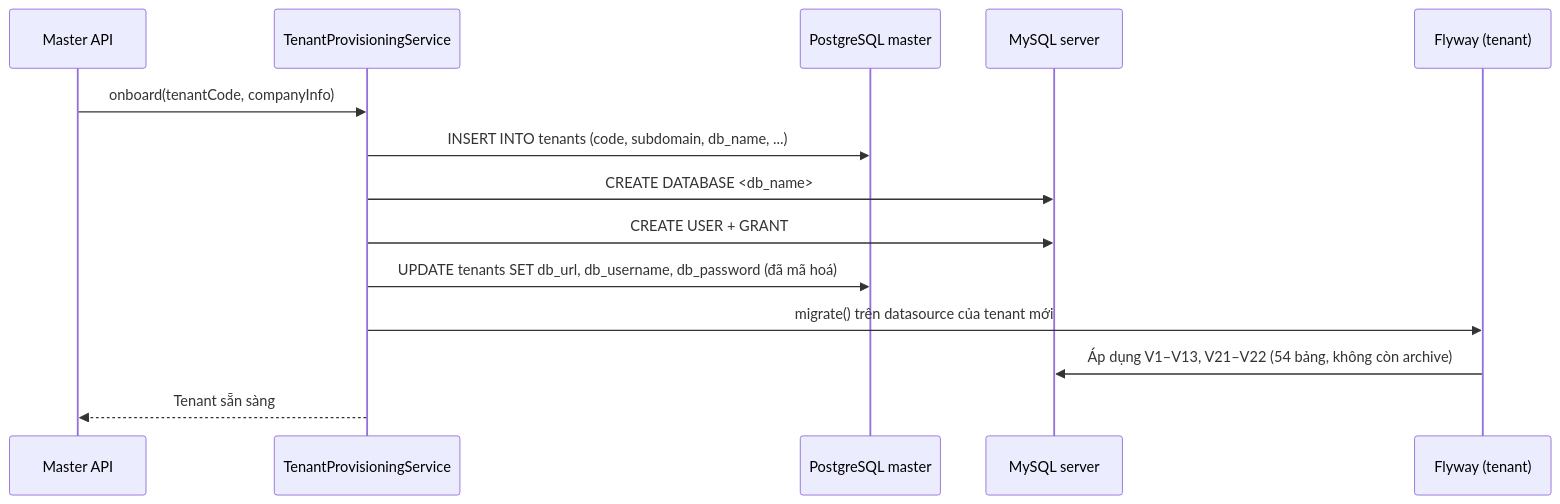
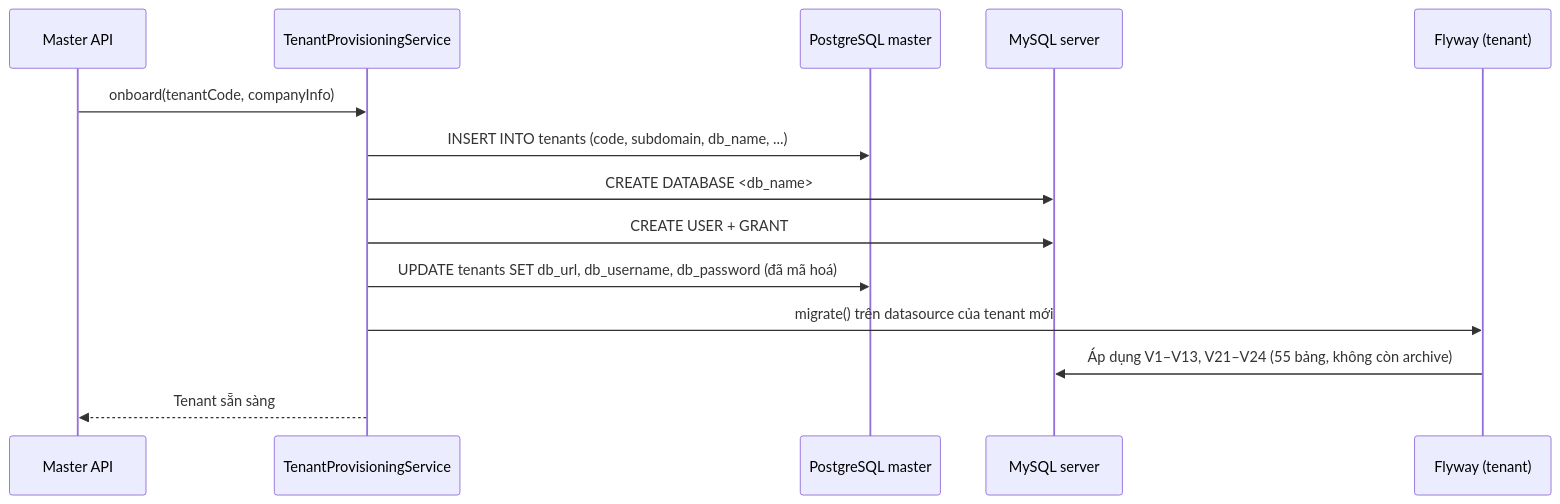
Diagram 11 of 11 in docs/database/README.md (hieupnh12/SmartHire-AI), drawn with Mermaid before and after one commit. The commit also changed other lines of this file and 52 other files, not shown here.

````diff
--- a/docs/database/README.md
+++ b/docs/database/README.md
@@ -1032,17 +1040,17 @@
 ```mermaid
 sequenceDiagram
     participant API as Master API
     participant PRV as TenantProvisioningService
     participant PG as PostgreSQL master
     participant MY as MySQL server
     participant FW as Flyway (tenant)
 
     API->>PRV: onboard(tenantCode, companyInfo)
     PRV->>PG: INSERT INTO tenants (code, subdomain, db_name, ...)
     PRV->>MY: CREATE DATABASE <db_name>
     PRV->>MY: CREATE USER + GRANT
     PRV->>PG: UPDATE tenants SET db_url, db_username, db_password (đã mã hoá)
     PRV->>FW: migrate() trên datasource của tenant mới
-    FW->>MY: Áp dụng V1–V13, V21–V22 (54 bảng, không còn archive)
+    FW->>MY: Áp dụng V1–V13, V21–V24 (55 bảng, không còn archive)
     PRV-->>API: Tenant sẵn sàng
 ```
````
